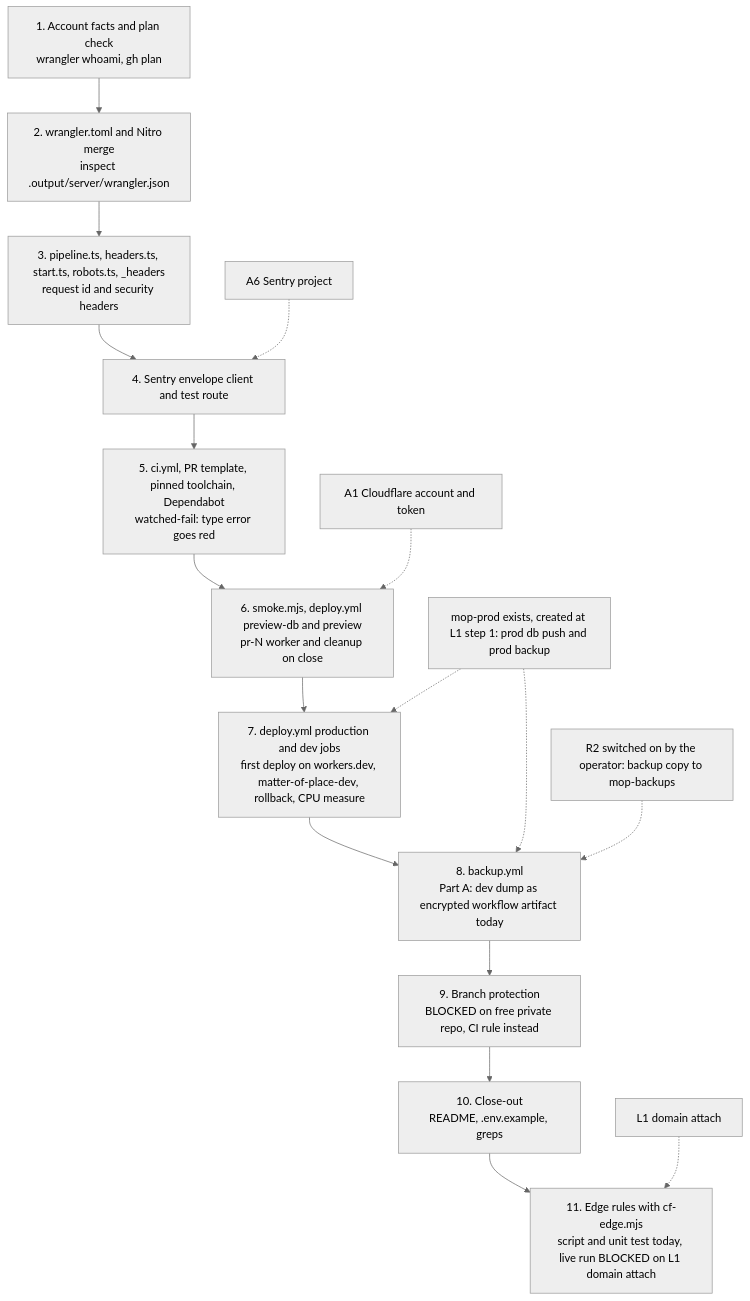
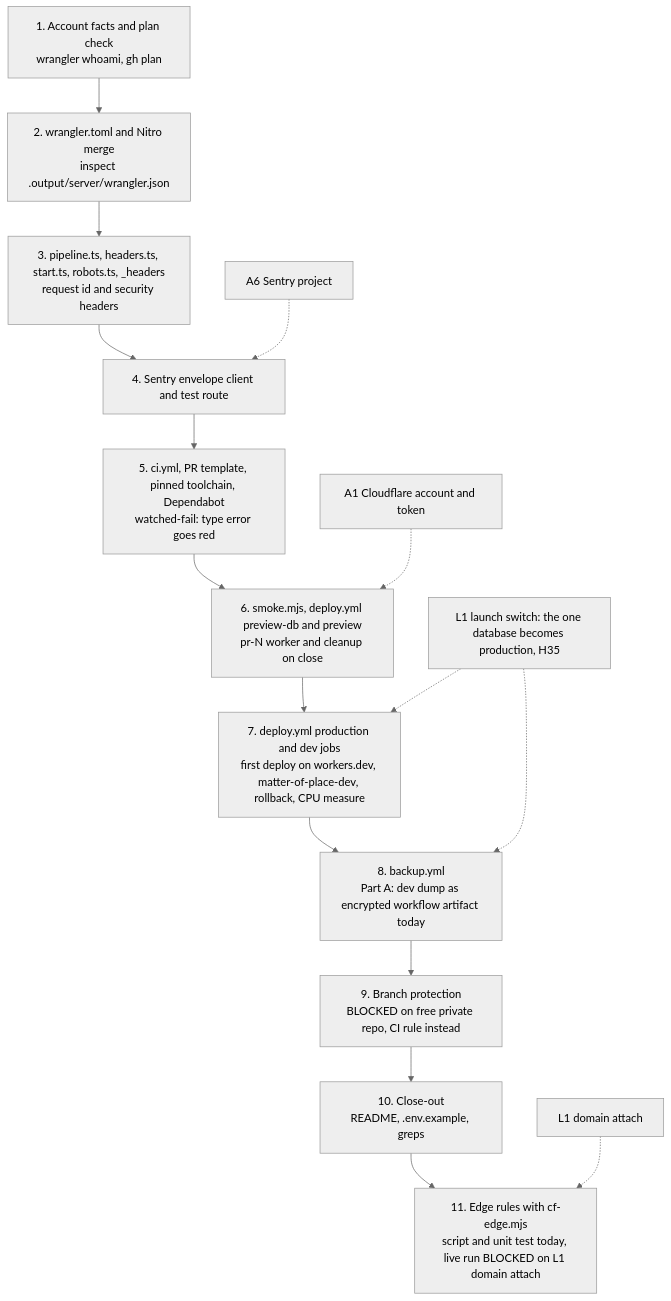
Before and after one commit to AbdulrahmanAmer/matter-of-place: the first of 6 diagrams in workspace/03-diagrams/plans-a.md, drawn with Mermaid (neutral theme). The commit also changed other lines of this file and 84 other files, not shown here.

First line of the commit message:
Plans rewritten for three operator decisions: no R2 (Supabase Storage, /media route), captions through the laptop runner, one database with a launch switch; rulings H33 to H37; own files in line

````diff
--- a/workspace/03-diagrams/plans-a.md
+++ b/workspace/03-diagrams/plans-a.md
@@ -8,20 +8,19 @@
 ```mermaid
 flowchart TD
   s1["1. Account facts and plan check<br/>wrangler whoami, gh plan"]
   s2["2. wrangler.toml and Nitro merge<br/>inspect .output/server/wrangler.json"]
   s3["3. pipeline.ts, headers.ts, start.ts, robots.ts, _headers<br/>request id and security headers"]
   s4["4. Sentry envelope client and test route"]
   s5["5. ci.yml, PR template, pinned toolchain, Dependabot<br/>watched-fail: type error goes red"]
   s6["6. smoke.mjs, deploy.yml preview-db and preview<br/>pr-N worker and cleanup on close"]
   s7["7. deploy.yml production and dev jobs<br/>first deploy on workers.dev, matter-of-place-dev, rollback, CPU measure"]
   s8["8. backup.yml<br/>Part A: dev dump as encrypted workflow artifact today"]
   s9["9. Branch protection<br/>BLOCKED on free private repo, CI rule instead"]
   s10["10. Close-out<br/>README, .env.example, greps"]
   s11["11. Edge rules with cf-edge.mjs<br/>script and unit test today, live run BLOCKED on L1 domain attach"]
   s1 --> s2 --> s3 --> s4 --> s5 --> s6 --> s7 --> s8 --> s9 --> s10 --> s11
   a6["A6 Sentry project"] -.-> s4
-  b2p["mop-prod exists, created at L1 step 1: prod db push and prod backup"] -.-> s7 & s8
-  r2s["R2 switched on by the operator: backup copy to mop-backups"] -.-> s8
+  b2p["L1 launch switch: the one database becomes production, H35"] -.-> s7 & s8
   a1["A1 Cloudflare account and token"] -.-> s6
   l1d["L1 domain attach"] -.-> s11
 ```
````
